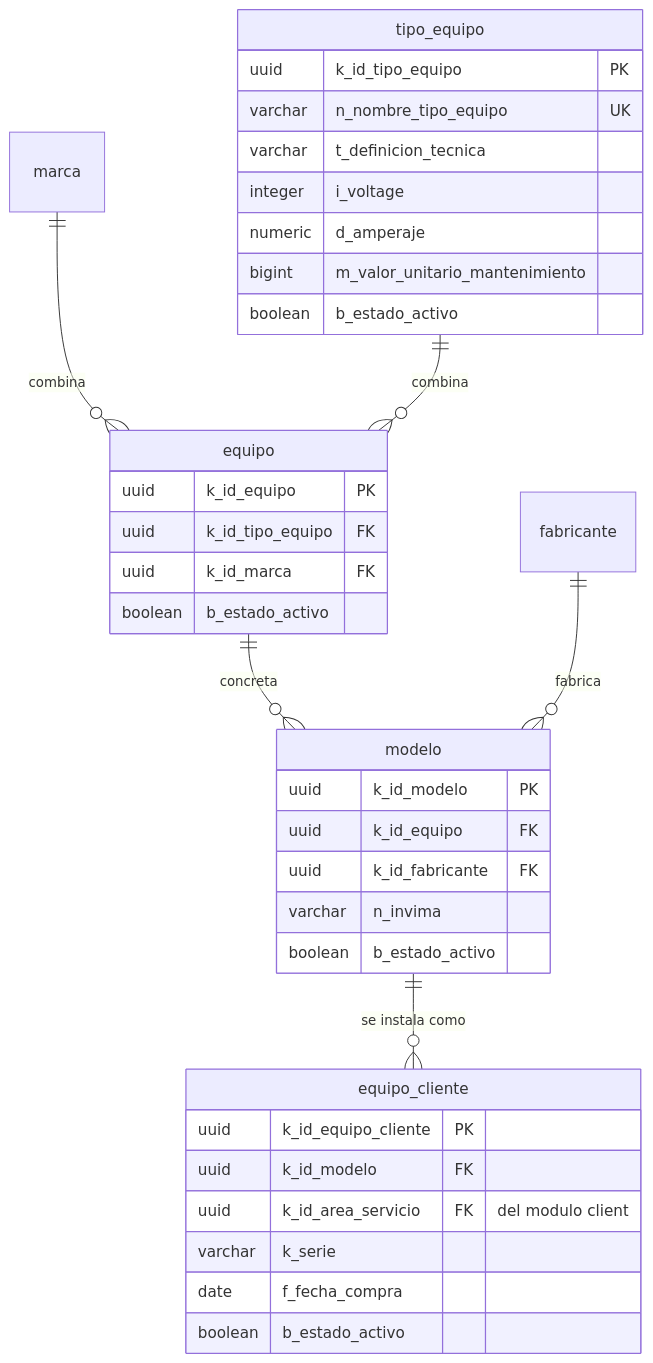
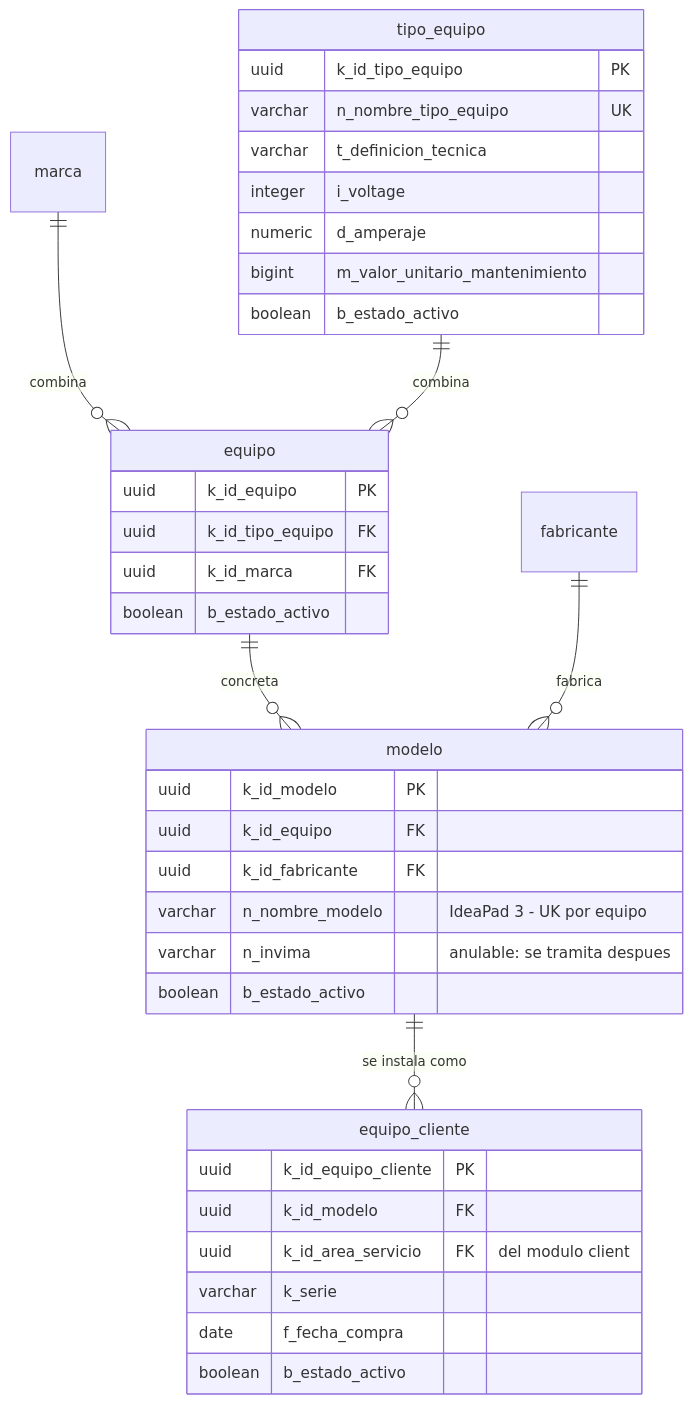
Before and after one commit to SeanBol222/MalphasOs: the fifth of 8 diagrams in SecondBrain/wiki/base-de-datos/esquema-bd-malphasos.md, drawn with Mermaid. The commit also changed other lines of this file and 5 other files, not shown here.

````diff
--- a/SecondBrain/wiki/base-de-datos/esquema-bd-malphasos.md
+++ b/SecondBrain/wiki/base-de-datos/esquema-bd-malphasos.md
@@ -190,38 +190,39 @@
 ```mermaid
 erDiagram
     marca ||--o{ equipo : "combina"
     tipo_equipo ||--o{ equipo : "combina"
     equipo ||--o{ modelo : "concreta"
     fabricante ||--o{ modelo : "fabrica"
     modelo ||--o{ equipo_cliente : "se instala como"
     tipo_equipo {
         uuid k_id_tipo_equipo PK
         varchar n_nombre_tipo_equipo UK
         varchar t_definicion_tecnica
         integer i_voltage
         numeric d_amperaje
         bigint m_valor_unitario_mantenimiento
         boolean b_estado_activo
     }
     equipo {
         uuid k_id_equipo PK
         uuid k_id_tipo_equipo FK
         uuid k_id_marca FK
         boolean b_estado_activo
     }
     modelo {
         uuid k_id_modelo PK
         uuid k_id_equipo FK
         uuid k_id_fabricante FK
-        varchar n_invima
+        varchar n_nombre_modelo "IdeaPad 3 - UK por equipo"
+        varchar n_invima "anulable: se tramita despues"
         boolean b_estado_activo
     }
     equipo_cliente {
         uuid k_id_equipo_cliente PK
         uuid k_id_modelo FK
         uuid k_id_area_servicio FK "del modulo client"
         varchar k_serie
         date f_fecha_compra
         boolean b_estado_activo
     }
 ```
````
